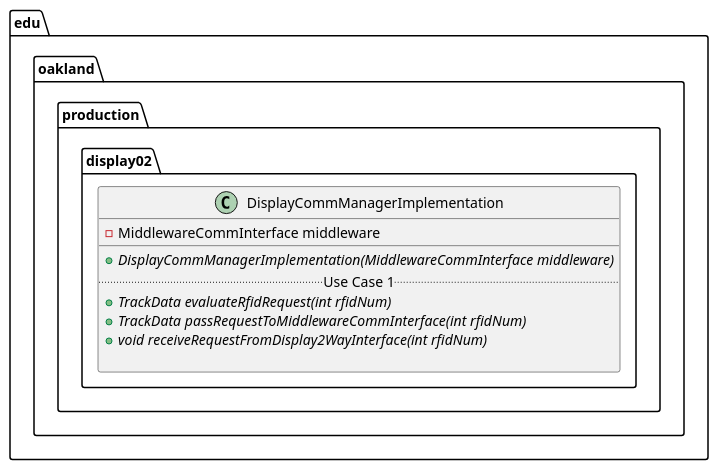
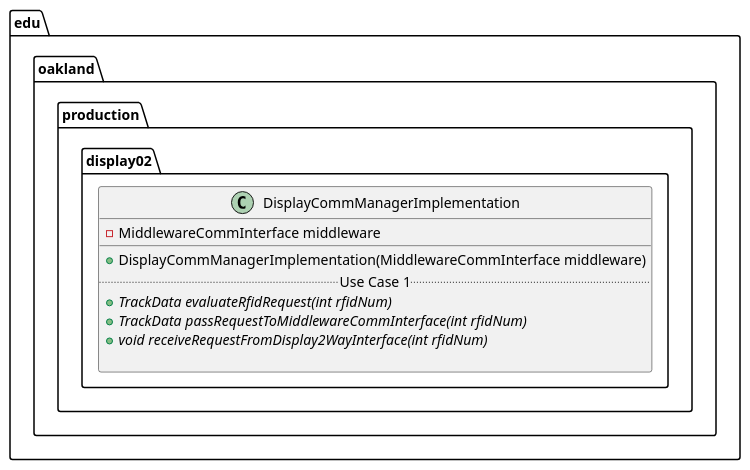
Before and after one commit to andrewdimmer/csi-3370-software-project: the diagram in docs/uml-class-diagrams/display02/production/DisplayCommManagerImplementation/DisplayCommManagerImplementation.puml, drawn with PlantUML.

```diff
--- a/docs/uml-class-diagrams/display02/production/DisplayCommManagerImplementation/DisplayCommManagerImplementation.puml
+++ b/docs/uml-class-diagrams/display02/production/DisplayCommManagerImplementation/DisplayCommManagerImplementation.puml
@@ -1,16 +1,16 @@
 @startuml DisplayCommManagerImplementation
 
 package edu.oakland.production.display02 {
     class DisplayCommManagerImplementation {
         - MiddlewareCommInterface middleware
         __
-        {abstract} + DisplayCommManagerImplementation(MiddlewareCommInterface middleware)
+        + DisplayCommManagerImplementation(MiddlewareCommInterface middleware)
         .. Use Case 1 ..
         {abstract} + TrackData evaluateRfidRequest(int rfidNum)
         {abstract} + TrackData passRequestToMiddlewareCommInterface(int rfidNum)
         {abstract} + void receiveRequestFromDisplay2WayInterface(int rfidNum)
 
     }
 }
 
 @enduml
```
